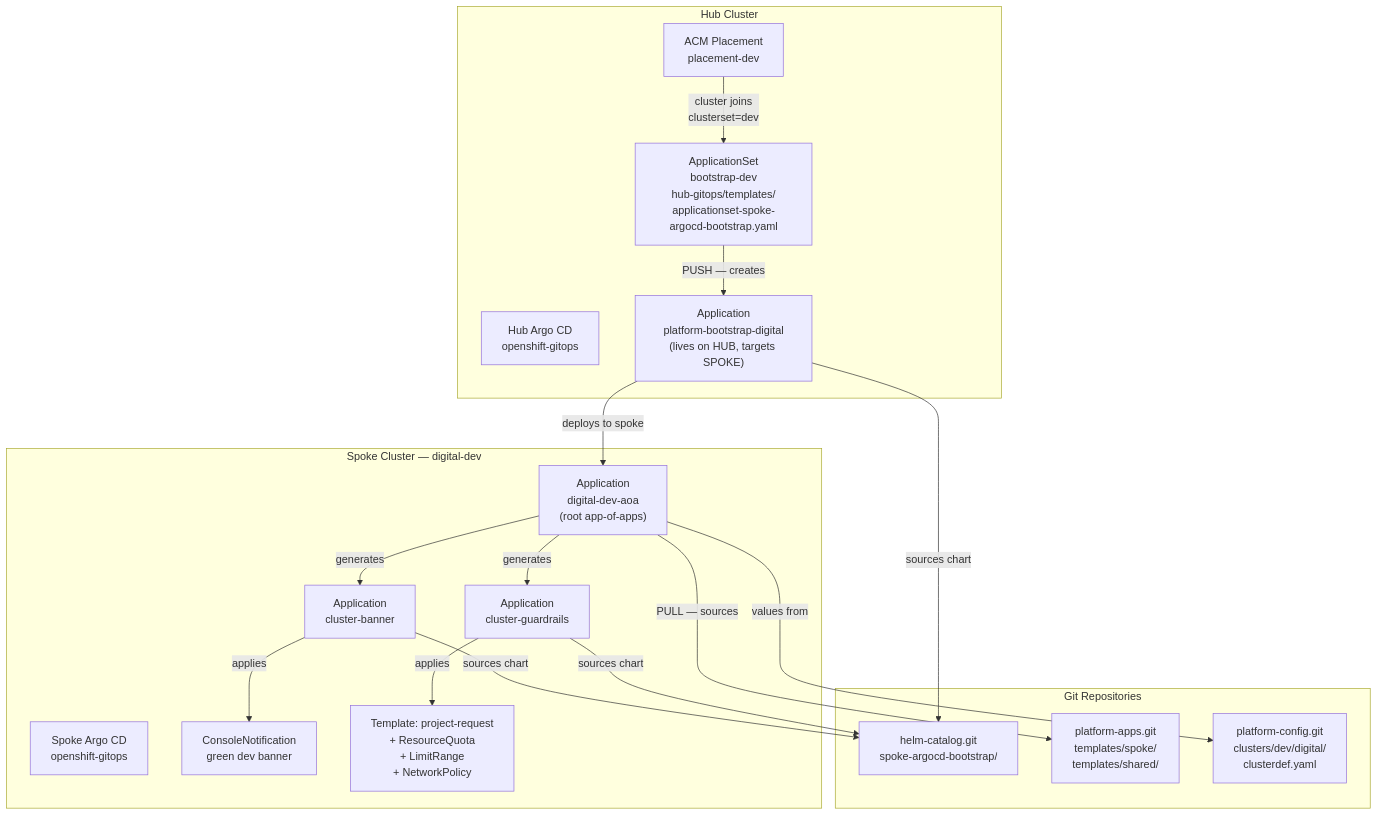
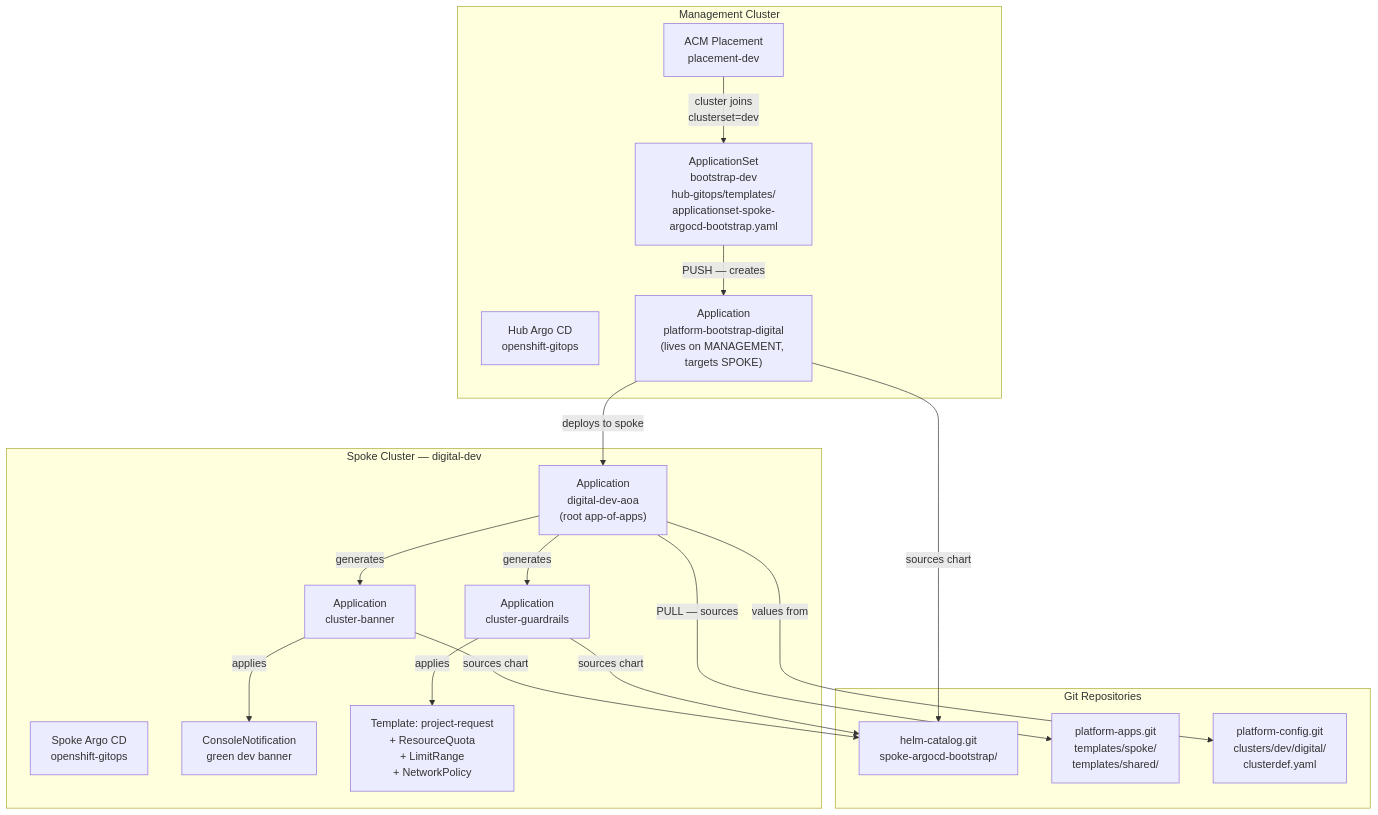
The first of 4 diagrams in DIAGRAMS.md (nu-j/hub-gitops), drawn with Mermaid before and after one commit. The commit also changed other lines of this file and 3 other files, not shown here.

Commit message:
🐻 REWORK - names of hub and management 🐻

````diff
--- a/DIAGRAMS.md
+++ b/DIAGRAMS.md
@@ -13,39 +13,39 @@
 ```mermaid
 flowchart TD
-    subgraph hub [Hub Cluster]
+    subgraph hub [Management Cluster]
         ACM["ACM Placement\nplacement-dev"]
         AppSet["ApplicationSet\nbootstrap-dev\nhub-gitops/templates/\napplicationset-spoke-argocd-bootstrap.yaml"]
         HubArgoCD["Hub Argo CD\nopenshift-gitops"]
-        BootstrapApp["Application\nplatform-bootstrap-digital\n(lives on HUB, targets SPOKE)"]
+        BootstrapApp["Application\nplatform-bootstrap-digital\n(lives on MANAGEMENT, targets SPOKE)"]
     end
 
     subgraph git [Git Repositories]
         HelmCatalog["helm-catalog.git\nspoke-argocd-bootstrap/"]
         PlatformApps["platform-apps.git\ntemplates/spoke/\ntemplates/shared/"]
         PlatformConfig["platform-config.git\nclusters/dev/digital/\nclusterdef.yaml"]
     end
 
     subgraph spoke [Spoke Cluster — digital-dev]
         SpokeArgoCD["Spoke Argo CD\nopenshift-gitops"]
         RootApp["Application\ndigital-dev-aoa\n(root app-of-apps)"]
         BannerApp["Application\ncluster-banner"]
         GuardrailsApp["Application\ncluster-guardrails"]
         Banner["ConsoleNotification\ngreen dev banner"]
         Template["Template: project-request\n+ ResourceQuota\n+ LimitRange\n+ NetworkPolicy"]
     end
 
     ACM -->|"cluster joins\nclusterset=dev"| AppSet
     AppSet -->|"PUSH — creates"| BootstrapApp
     BootstrapApp -->|"sources chart"| HelmCatalog
     BootstrapApp -->|"deploys to spoke"| RootApp
 
     RootApp -->|"PULL — sources"| PlatformApps
     RootApp -->|"values from"| PlatformConfig
     RootApp -->|"generates"| BannerApp
     RootApp -->|"generates"| GuardrailsApp
 
     BannerApp -->|"sources chart"| HelmCatalog
     GuardrailsApp -->|"sources chart"| HelmCatalog
     BannerApp -->|"applies"| Banner
     GuardrailsApp -->|"applies"| Template
 ```
````
